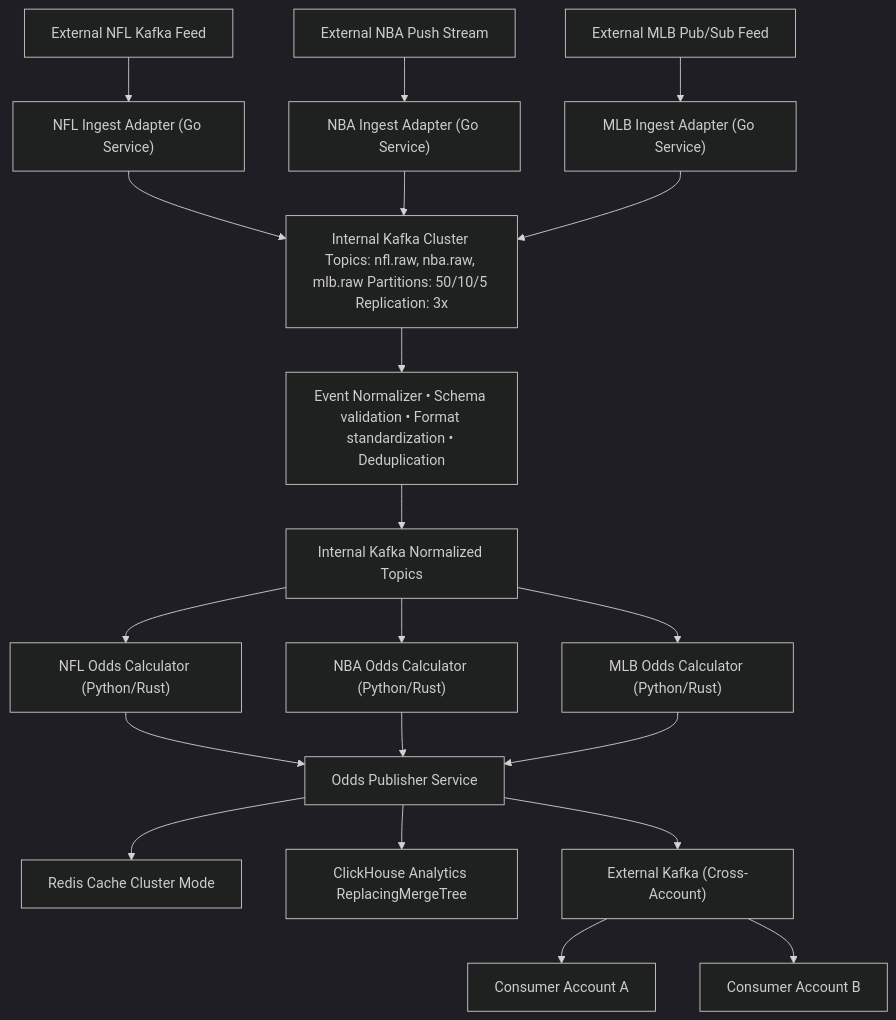
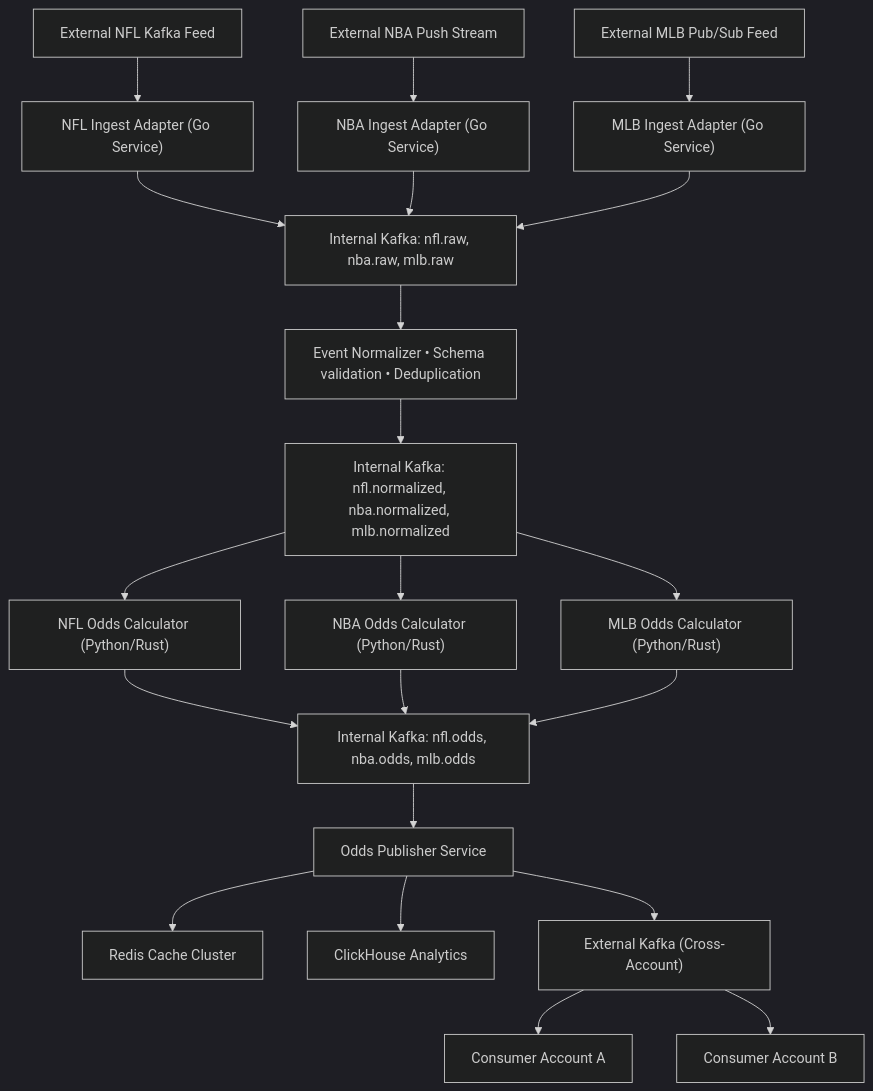
Before and after one commit to cchmura/ud_assessment: the diagram in README.md, drawn with Mermaid (dark theme). The commit also changed other lines of this file, not shown here.

````diff
--- a/README.md
+++ b/README.md
@@ -32,37 +32,43 @@
 ```mermaid
 flowchart TD
     %% External Feeds
     NFLKafka[External NFL Kafka Feed]
     NBAPush[External NBA Push Stream]
     MLBPubSub[External MLB Pub/Sub Feed]
 
     %% Adapters
     NFLKafka --> NFLIngest["NFL Ingest Adapter (Go Service)"]
     NBAPush --> NBAIngest["NBA Ingest Adapter (Go Service)"]
     MLBPubSub --> MLBIngest["MLB Ingest Adapter (Go Service)"]
 
-    %% Internal Kafka
-    NFLIngest --> RawKafka["Internal Kafka Cluster Topics: nfl.raw, nba.raw, mlb.raw Partitions: 50/10/5 Replication: 3x"]
+    %% Internal Kafka (Raw Topics)
+    NFLIngest --> RawKafka["Internal Kafka: nfl.raw, nba.raw, mlb.raw"]
     NBAIngest --> RawKafka
     MLBIngest --> RawKafka
 
     %% Processing Pipeline
-    RawKafka --> Normalizer["Event Normalizer • Schema validation • Format standardization • Deduplication"]
-    Normalizer --> NormKafka["Internal Kafka Normalized Topics"]
-    
+    RawKafka --> Normalizer["Event Normalizer • Schema validation • Deduplication"]
+    Normalizer --> NormKafka["Internal Kafka: nfl.normalized, nba.normalized, mlb.normalized"]
+
+    %% Odds Calculators
     NormKafka --> NFLOdds["NFL Odds Calculator (Python/Rust)"]
     NormKafka --> NBAOdds["NBA Odds Calculator (Python/Rust)"]
     NormKafka --> MLBOdds["MLB Odds Calculator (Python/Rust)"]
 
-    %% Output
-    NFLOdds --> Publisher["Odds Publisher Service"]
-    NBAOdds --> Publisher
-    MLBOdds --> Publisher
+    %% Odds Kafka Topics (Calculated Odds)
+    NFLOdds --> OddsKafka["Internal Kafka: nfl.odds, nba.odds, mlb.odds"]
+    NBAOdds --> OddsKafka
+    MLBOdds --> OddsKafka
     
-    Publisher --> Redis["Redis Cache Cluster Mode"]
-    Publisher --> ClickHouse["ClickHouse Analytics ReplacingMergeTree"]
+    %% Publisher Service consuming Odds topics
+    OddsKafka --> Publisher["Odds Publisher Service"]
+
+    %% Output destinations
+    Publisher --> Redis["Redis Cache Cluster"]
+    Publisher --> ClickHouse["ClickHouse Analytics"]
     Publisher --> ExtKafka["External Kafka (Cross-Account)"]
     
+    %% External Kafka consumers
     ExtKafka --> AccountA["Consumer Account A"]
     ExtKafka --> AccountB["Consumer Account B"]
 ```
````
